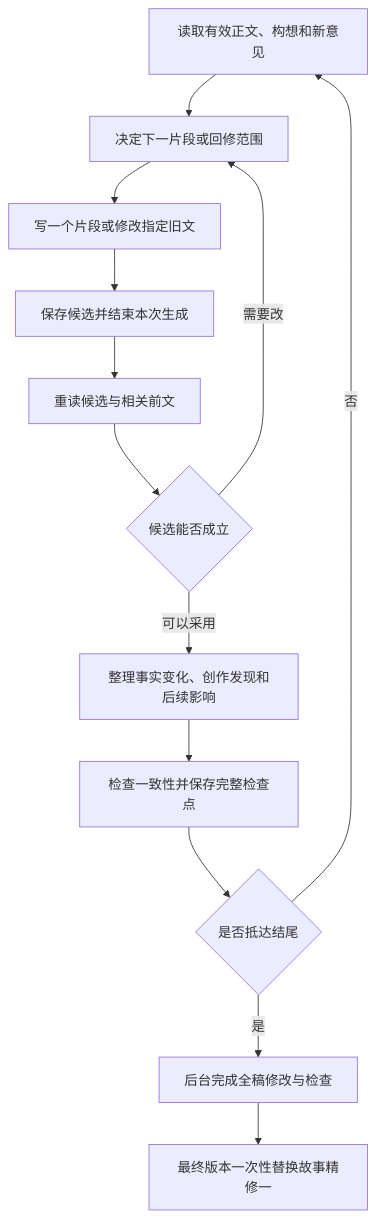
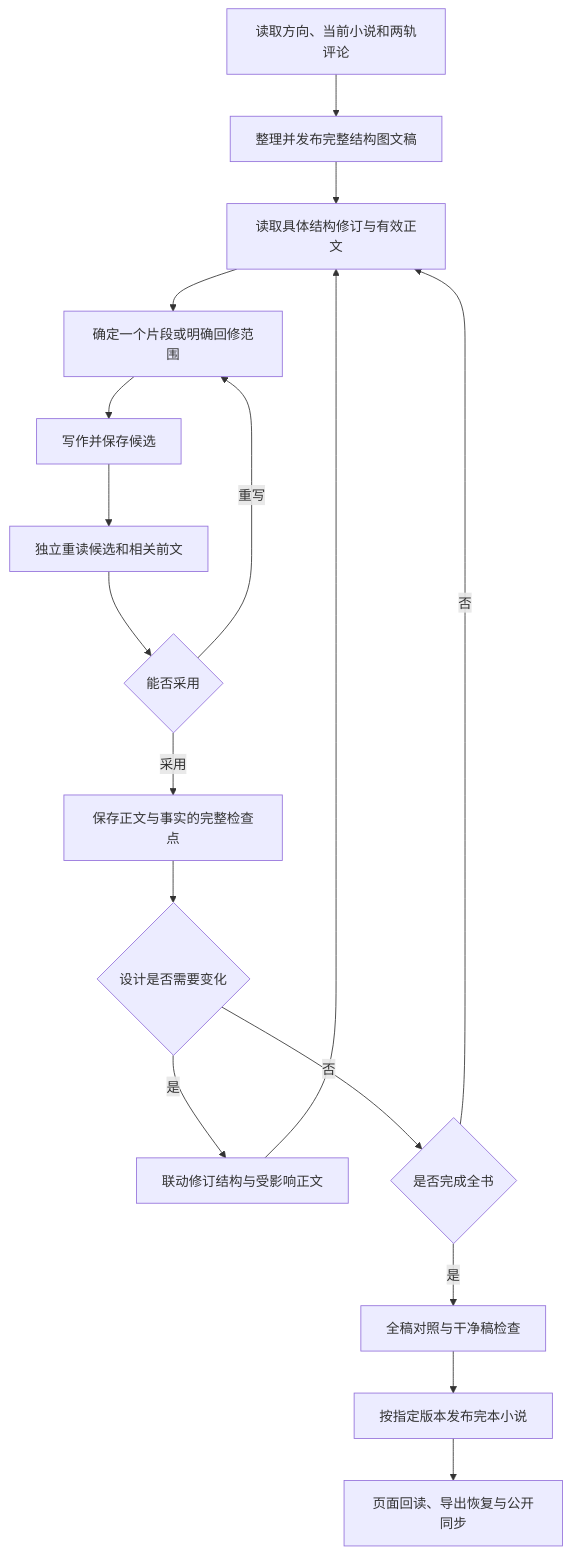
One commit to goosmanlei/SnakeSlayingRecord changed the diagram in planning/incremental-writing-workflow.md. Above: the diagram before and after it, drawn with Mermaid. The commit also changed other lines of this file and 21 other files, not shown here.

````diff
--- a/planning/incremental-writing-workflow.md
+++ b/planning/incremental-writing-workflow.md
@@ -41,15 +40,19 @@
 ```mermaid
 flowchart TD
-    A[读取有效正文、构想和新意见] --> B[决定下一片段或回修范围]
-    B --> C[写一个片段或修改指定旧文]
-    C --> D[保存候选并结束本次生成]
-    D --> E[重读候选与相关前文]
-    E --> F{候选能否成立}
-    F -->|需要改| B
-    F -->|可以采用| G[整理事实变化、创作发现和后续影响]
-    G --> H[检查一致性并保存完整检查点]
-    H --> I{是否抵达结尾}
-    I -->|否| A
-    I -->|是| J[后台完成全稿修改与检查]
-    J --> K[最终版本一次性替换故事精修一]
+    A[读取方向、当前小说和两轨评论] --> B[整理并发布完整结构图文稿]
+    B --> C[读取具体结构修订与有效正文]
+    C --> D[确定一个片段或明确回修范围]
+    D --> E[写作并保存候选]
+    E --> F[独立重读候选和相关前文]
+    F --> G{能否采用}
+    G -->|重写| D
+    G -->|采用| H[保存正文与事实的完整检查点]
+    H --> I{设计是否需要变化}
+    I -->|是| J[联动修订结构与受影响正文]
+    J --> C
+    I -->|否| K{是否完成全书}
+    K -->|否| C
+    K -->|是| L[全稿对照与干净稿检查]
+    L --> M[按指定版本发布完本小说]
+    M --> N[页面回读、导出恢复与公开同步]
 ```
````
